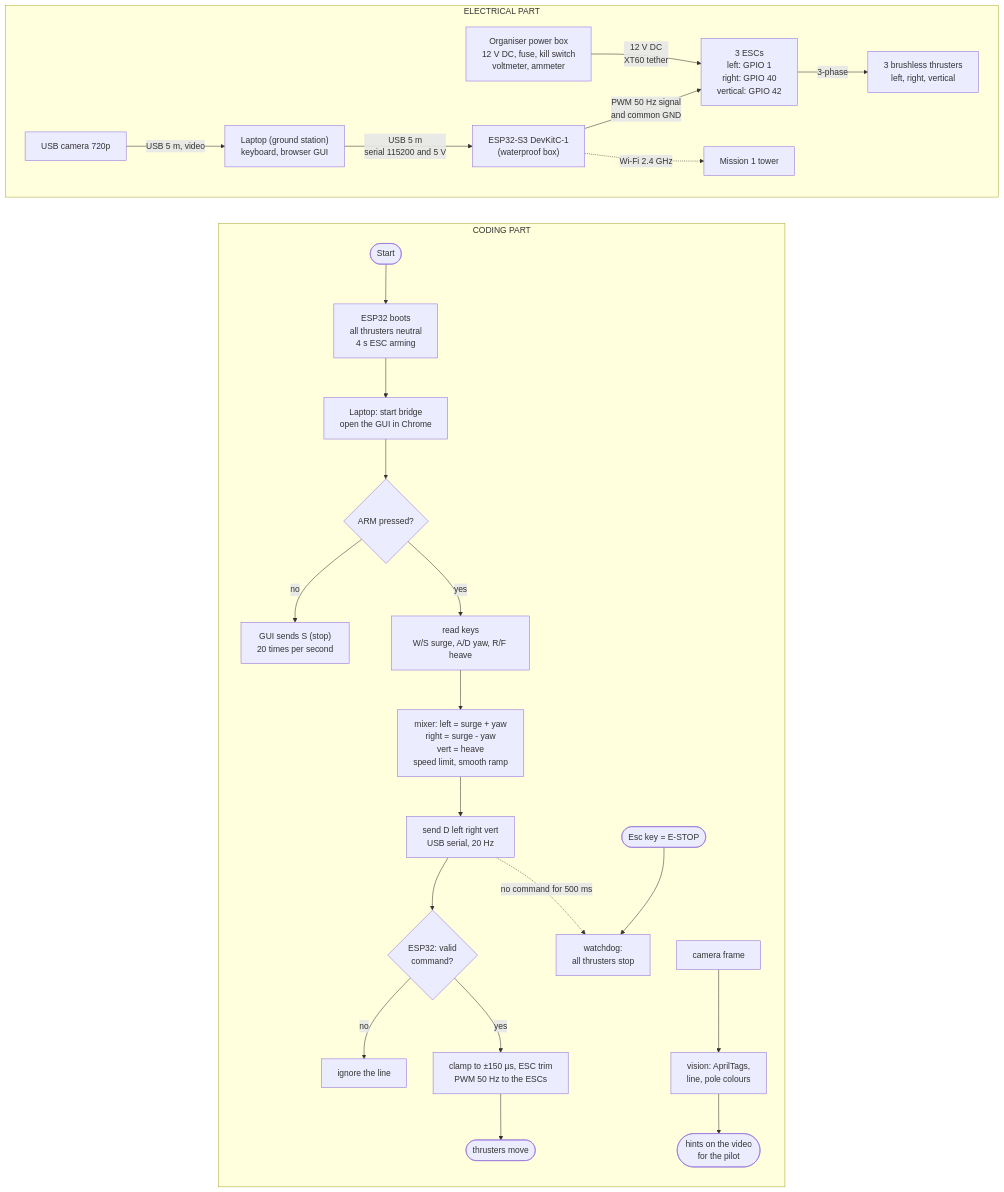
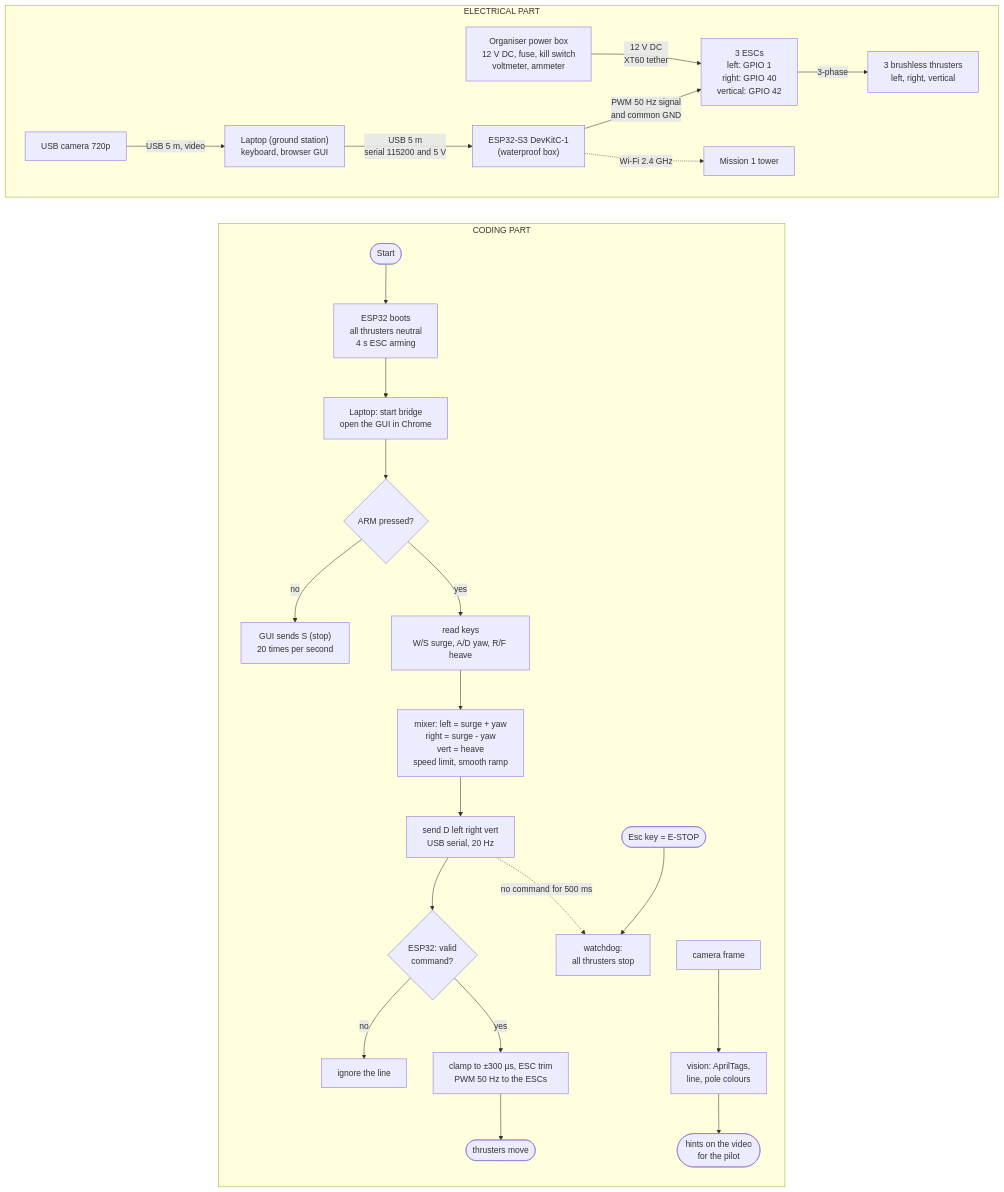
One commit to Alishnis/UR changed the first of 6 diagrams in docs/ARCHITECTURE.md. Above: the diagram before and after it, drawn with Mermaid. The commit also changed other lines of this file and 22 other files, not shown here.

````diff
--- a/docs/ARCHITECTURE.md
+++ b/docs/ARCHITECTURE.md
@@ -13,40 +13,40 @@
 ```mermaid
 flowchart TB
     subgraph ELEC["ELECTRICAL PART"]
         direction LR
         PB["Organiser power box<br/>12 V DC, fuse, kill switch<br/>voltmeter, ammeter"]
         CAM["USB camera 720p"]
         LAP["Laptop (ground station)<br/>keyboard, browser GUI"]
         ESP["ESP32-S3 DevKitC-1<br/>(waterproof box)"]
         ESCS["3 ESCs<br/>left: GPIO 1<br/>right: GPIO 40<br/>vertical: GPIO 42"]
         THR["3 brushless thrusters<br/>left, right, vertical"]
         TOWER["Mission 1 tower"]
         CAM -- "USB 5 m, video" --> LAP
         LAP -- "USB 5 m<br/>serial 115200 and 5 V" --> ESP
         ESP -- "PWM 50 Hz signal<br/>and common GND" --> ESCS
         PB -- "12 V DC<br/>XT60 tether" --> ESCS
         ESCS -- "3-phase" --> THR
         ESP -. "Wi-Fi 2.4 GHz" .-> TOWER
     end
 
     subgraph CODE["CODING PART"]
         direction TB
         START(["Start"]) --> BOOT["ESP32 boots<br/>all thrusters neutral<br/>4 s ESC arming"]
         BOOT --> RUN["Laptop: start bridge<br/>open the GUI in Chrome"]
         RUN --> ARMQ{"ARM pressed?"}
         ARMQ -- no --> STOPS["GUI sends S (stop)<br/>20 times per second"]
         ARMQ -- yes --> KEYS["read keys<br/>W/S surge, A/D yaw, R/F heave"]
         KEYS --> MIX["mixer: left = surge + yaw<br/>right = surge - yaw<br/>vert = heave<br/>speed limit, smooth ramp"]
         MIX --> SEND["send D left right vert<br/>USB serial, 20 Hz"]
         SEND --> VALID{"ESP32: valid<br/>command?"}
         VALID -- no --> IGN["ignore the line"]
-        VALID -- yes --> PWM["clamp to ±150 µs, ESC trim<br/>PWM 50 Hz to the ESCs"]
+        VALID -- yes --> PWM["clamp to ±300 µs, ESC trim<br/>PWM 50 Hz to the ESCs"]
         PWM --> MOVE(["thrusters move"])
         SEND -. "no command for 500 ms" .-> WD["watchdog:<br/>all thrusters stop"]
         ESTOP(["Esc key = E-STOP"]) --> WD
         CAMF["camera frame"] --> DET["vision: AprilTags,<br/>line, pole colours"]
         DET --> HINT(["hints on the video<br/>for the pilot"])
     end
 
     ELEC ~~~ CODE
 ```
````
